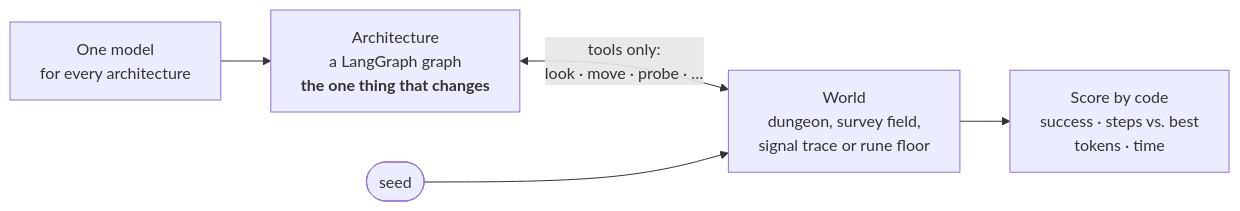
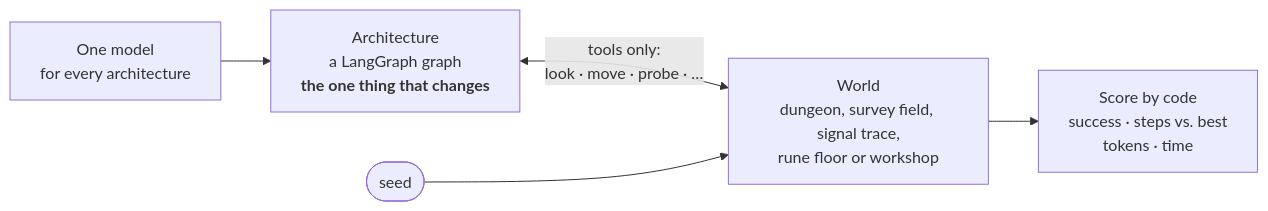
Before and after one commit to chrysogonus/agent-patterns-lab: the first of 5 diagrams in README.md, drawn with Mermaid. The commit also changed other lines of this file and 72 other files, not shown here.

````diff
--- a/README.md
+++ b/README.md
@@ -23,7 +23,7 @@
 ```mermaid
 flowchart LR
     model["One model<br/>for every architecture"] --> arch["Architecture<br/>a LangGraph graph<br/><b>the one thing that changes</b>"]
-    arch <-->|"tools only:<br/>look · move · probe · …"| world["World<br/>dungeon, survey field,<br/>signal trace or rune floor"]
+    arch <-->|"tools only:<br/>look · move · probe · …"| world["World<br/>dungeon, survey field, signal trace,<br/>rune floor or workshop"]
     seed(["seed"]) --> world
     world --> score["Score by code<br/>success · steps vs. best<br/>tokens · time"]
 ```
````
